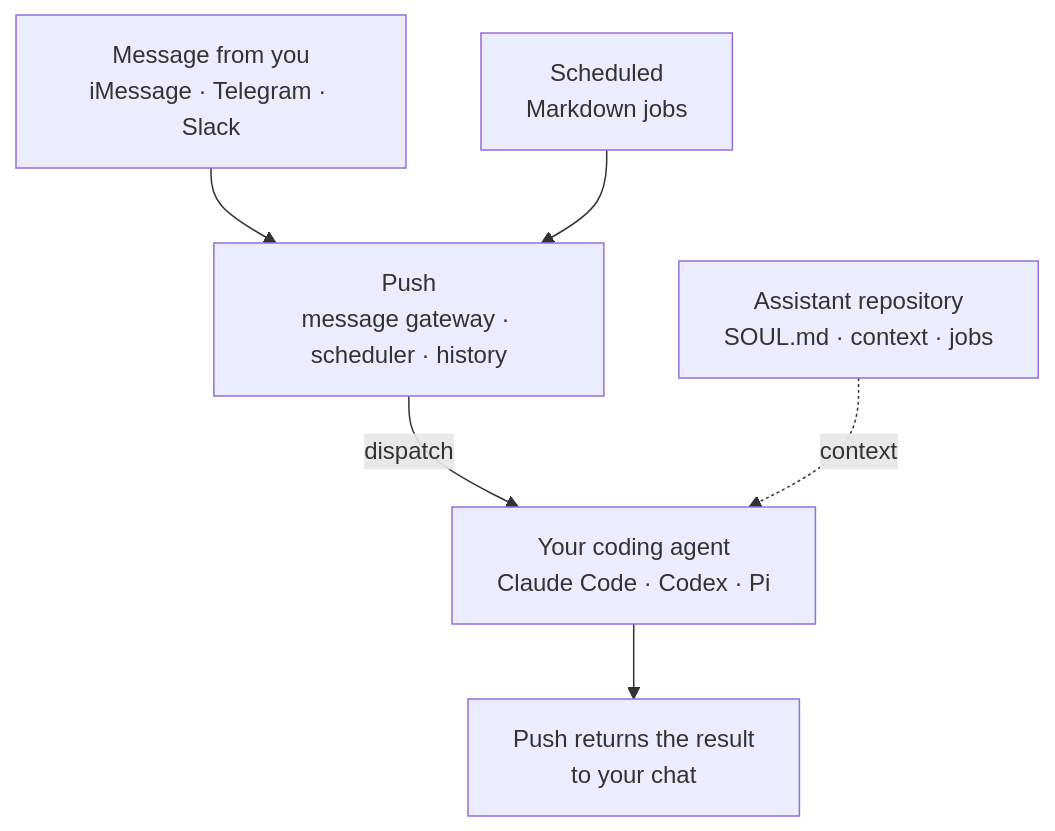
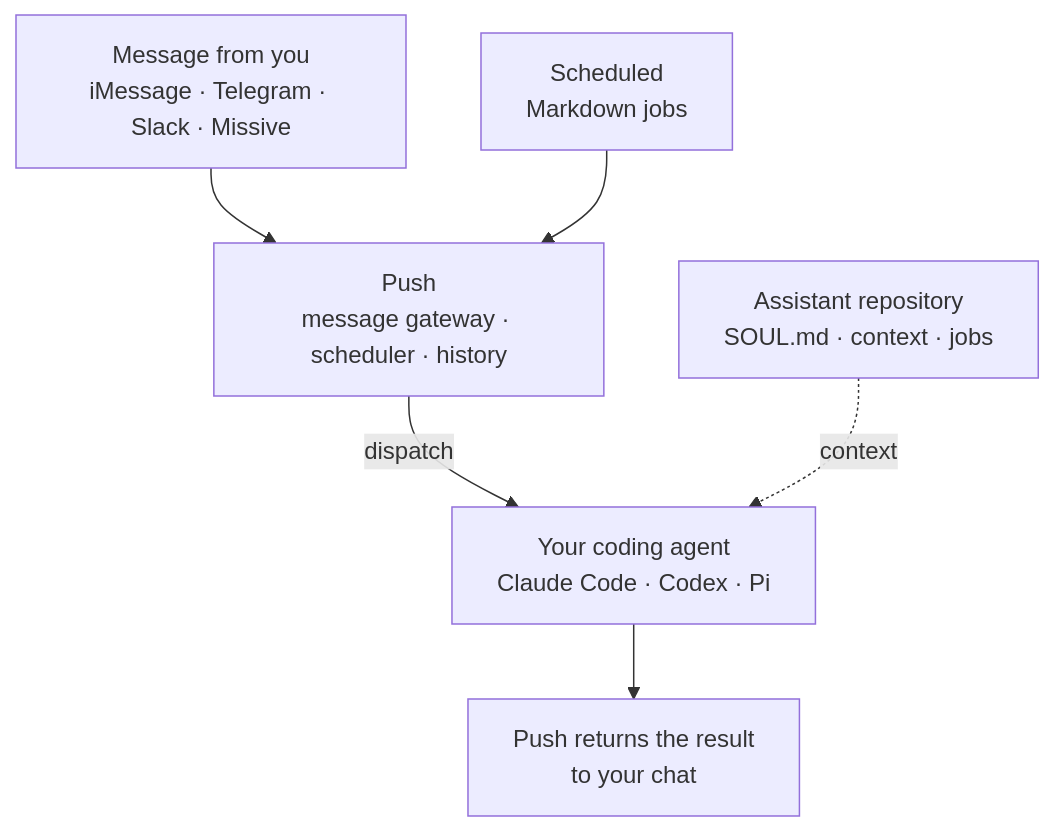
One commit to owainlewis/push changed the diagram in README.md. Above: the diagram before and after it, drawn with Mermaid. The commit also changed other lines of this file and 17 other files, not shown here.

````diff
--- a/README.md
+++ b/README.md
@@ -47,15 +47,15 @@
 ```mermaid
 flowchart TD
-    Message["Message from you<br/>iMessage · Telegram · Slack"]
+    Message["Message from you<br/>iMessage · Telegram · Slack · Missive"]
     Jobs["Scheduled<br/>Markdown jobs"]
     Repo["Assistant repository<br/>SOUL.md · context · jobs"]
     Push["Push<br/>message gateway · scheduler · history"]
     Agent["Your coding agent<br/>Claude Code · Codex · Pi"]
     Reply["Push returns the result<br/>to your chat"]
 
     Message --> Push
     Jobs --> Push
     Push -->|dispatch| Agent
     Repo -. context .-> Agent
     Agent --> Reply
 ```
````
